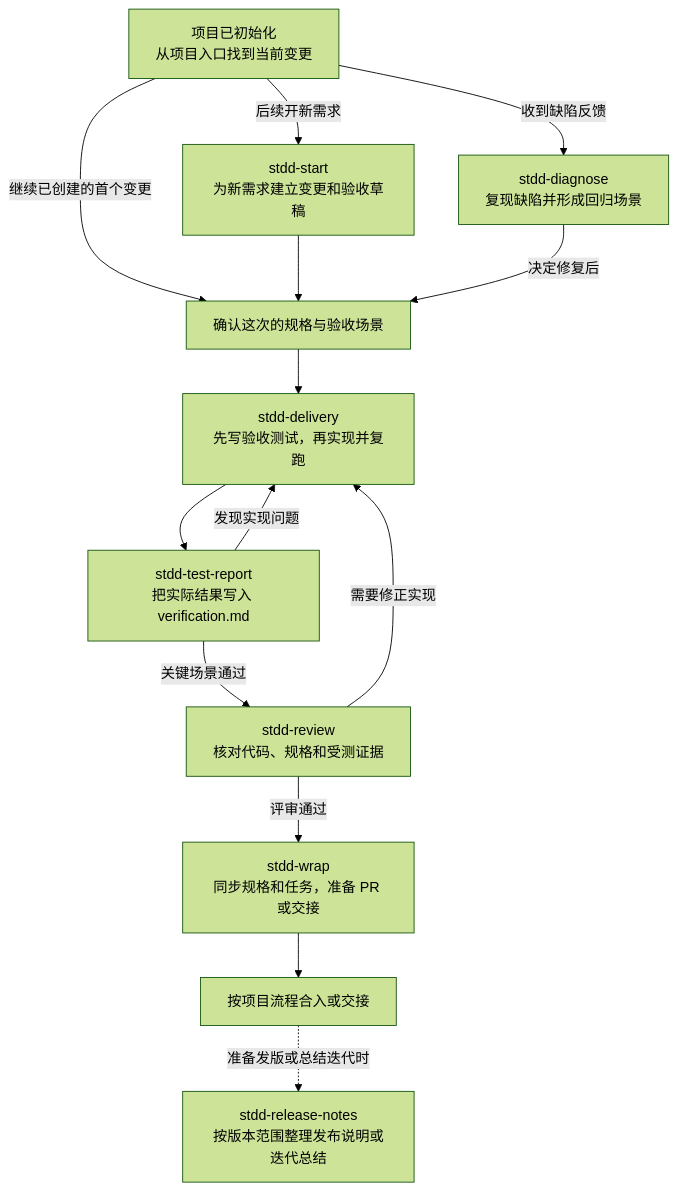
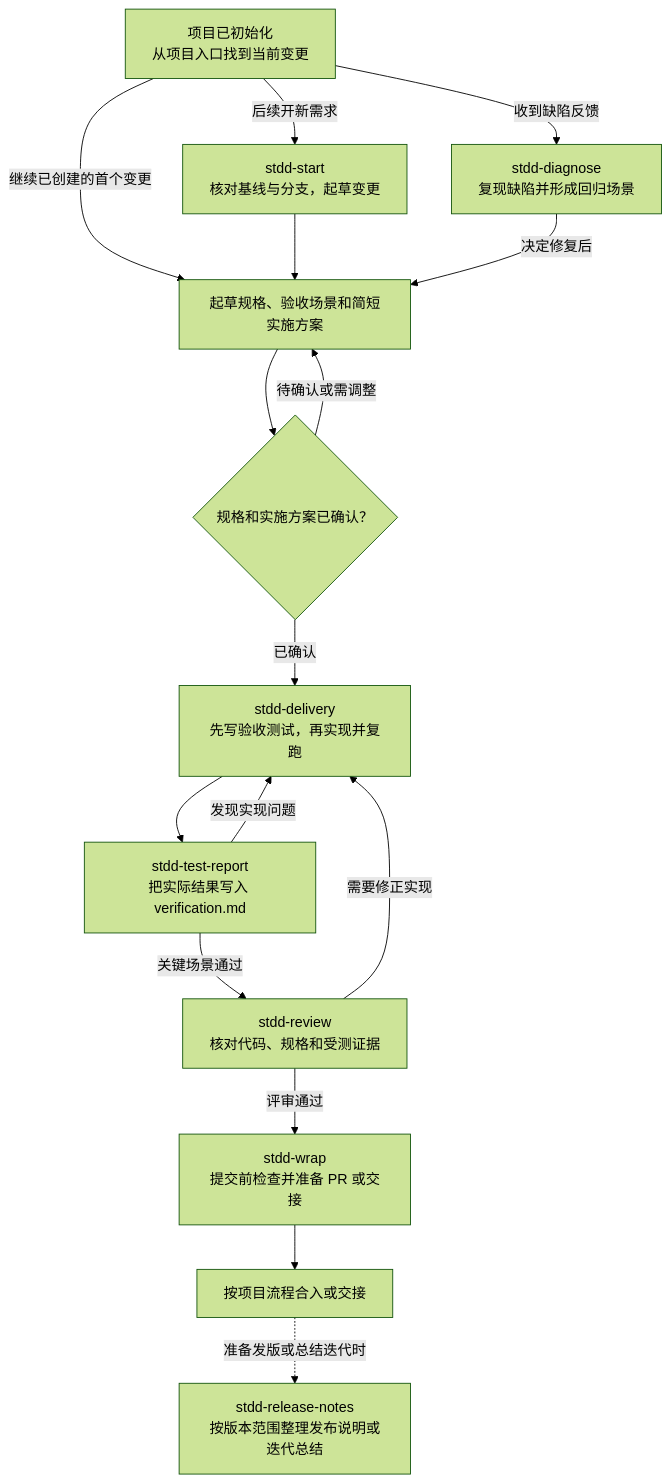
The diagram in STDD-SDD/.agents/skills/init-stdd/assets/team/docs/stdd/workflows.md (zhgqwx-del/stdd-sdd), drawn with Mermaid (forest theme) before and after one commit. The commit also changed other lines of this file and 40 other files, not shown here.

````diff
--- a/STDD-SDD/.agents/skills/init-stdd/assets/team/docs/stdd/workflows.md
+++ b/STDD-SDD/.agents/skills/init-stdd/assets/team/docs/stdd/workflows.md
@@ -11,27 +11,30 @@
 ```mermaid
 flowchart TD
     Init["项目已初始化<br/>从项目入口找到当前变更"]
-    Start["stdd-start<br/>为新需求建立变更和验收草稿"]
+    Start["stdd-start<br/>核对基线与分支，起草变更"]
     Diagnose["stdd-diagnose<br/>复现缺陷并形成回归场景"]
-    Spec["确认这次的规格与验收场景"]
+    Spec["起草规格、验收场景和简短实施方案"]
+    Confirm{"规格和实施方案已确认？"}
     Delivery["stdd-delivery<br/>先写验收测试，再实现并复跑"]
     Report["stdd-test-report<br/>把实际结果写入 verification.md"]
     Review["stdd-review<br/>核对代码、规格和受测证据"]
-    Wrap["stdd-wrap<br/>同步规格和任务，准备 PR 或交接"]
+    Wrap["stdd-wrap<br/>提交前检查并准备 PR 或交接"]
     Done["按项目流程合入或交接"]
     Release["stdd-release-notes<br/>按版本范围整理发布说明或迭代总结"]
 
     Init -->|继续已创建的首个变更| Spec
     Init -->|后续开新需求| Start
     Init -->|收到缺陷反馈| Diagnose
     Start --> Spec
     Diagnose -->|决定修复后| Spec
-    Spec --> Delivery
+    Spec --> Confirm
+    Confirm -->|已确认| Delivery
+    Confirm -->|待确认或需调整| Spec
     Delivery --> Report
     Report -->|关键场景通过| Review
     Report -->|发现实现问题| Delivery
     Review -->|需要修正实现| Delivery
     Review -->|评审通过| Wrap
     Wrap --> Done
     Done -.->|准备发版或总结迭代时| Release
 ```
````
